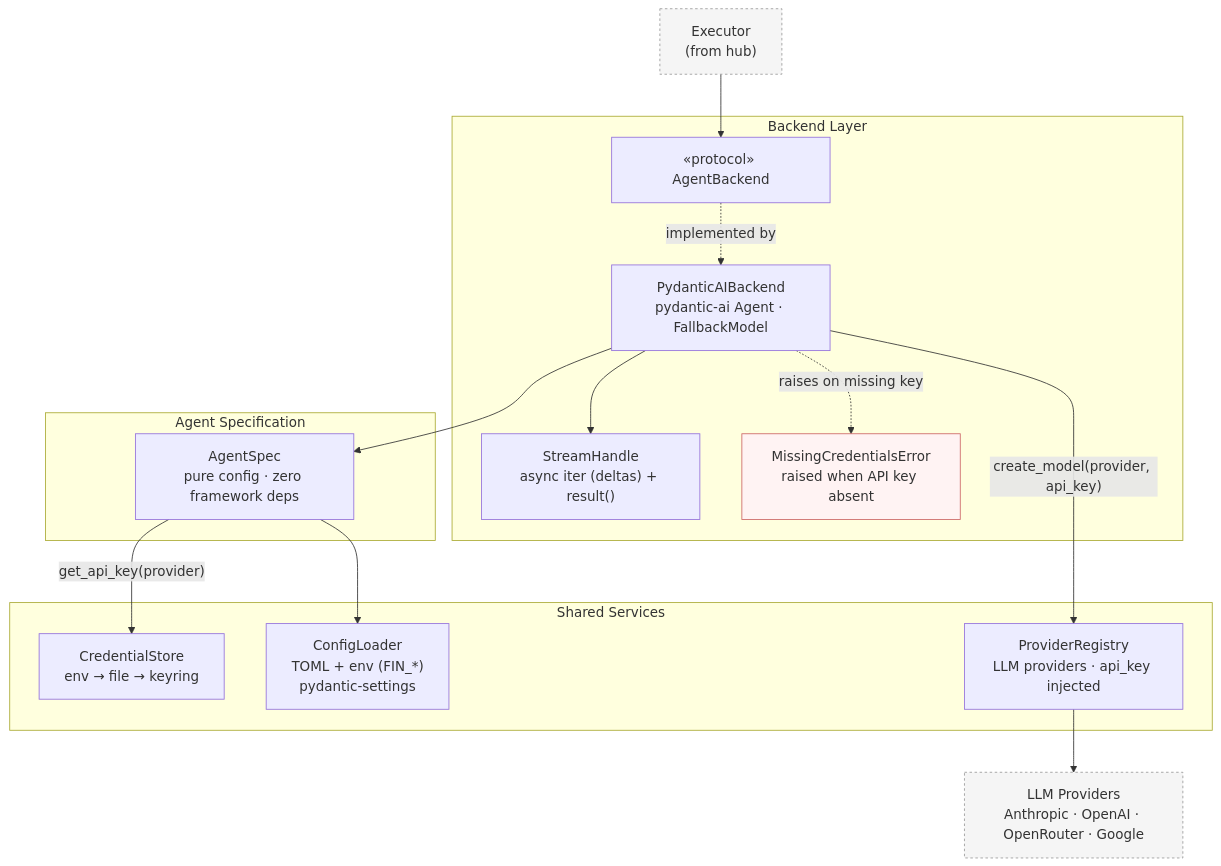
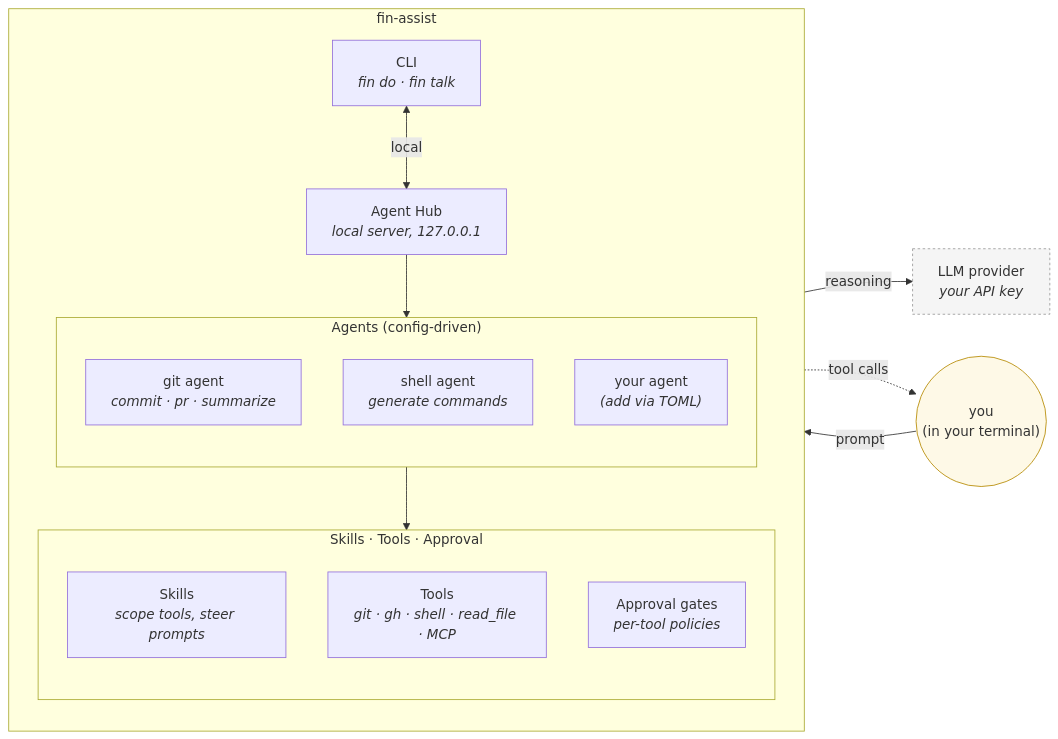
One commit to ColeB1722/fin-assist changed the diagram in README.md. Above: the diagram before and after it, drawn with Mermaid. The commit also changed other lines of this file and 8 other files, not shown here.

First line of the commit message:
docs: split architecture.md into focused docs, rewrite README

````diff
--- a/README.md
+++ b/README.md
@@ -87,38 +29,38 @@
 ```mermaid
-graph TD
-    EXEC["Executor<br/>(from hub)"]
+flowchart LR
+    USER(("you<br/>(in your terminal)"))
 
-    subgraph BACKEND_GRP["Backend Layer"]
-        BEH["«protocol» AgentBackend"]
-        PAI["PydanticAIBackend<br/>pydantic-ai Agent · FallbackModel"]
-        SH["StreamHandle<br/>async iter (deltas) + result()"]
-        MCE["MissingCredentialsError<br/>raised when API key absent"]
+    subgraph FIN["fin-assist"]
+        direction TB
+        CLI["CLI<br/><i>fin do · fin talk</i>"]
+        HUB["Agent Hub<br/><i>local server, 127.0.0.1</i>"]
+
+        subgraph AGENTS["Agents (config-driven)"]
+            direction TB
+            GIT["git agent<br/><i>commit · pr · summarize</i>"]
+            SHELL["shell agent<br/><i>generate commands</i>"]
+            CUSTOM["your agent<br/><i>(add via TOML)</i>"]
+        end
+
+        subgraph CAPS["Skills · Tools · Approval"]
+            direction TB
+            SKILLS["Skills<br/><i>scope tools, steer prompts</i>"]
+            TOOLS["Tools<br/><i>git · gh · shell · read_file · MCP</i>"]
+            APPROVAL["Approval gates<br/><i>per-tool policies</i>"]
+        end
     end
 
-    subgraph SPEC_GRP["Agent Specification"]
-        SPEC["AgentSpec<br/>pure config · zero framework deps"]
-    end
+    LLM["LLM provider<br/><i>your API key</i>"]
 
-    subgraph SHARED["Shared Services"]
-        CREDS["CredentialStore<br/>env → file → keyring"]
-        CONFIG["ConfigLoader<br/>TOML + env (FIN_*)<br/>pydantic-settings"]
-        REG["ProviderRegistry<br/>LLM providers · api_key injected"]
-    end
-
-    LLM["LLM Providers<br/>Anthropic · OpenAI · OpenRouter · Google"]
-
-    EXEC --> BEH
-    BEH -.->|"implemented by"| PAI
-    PAI --> SH
-    PAI -->|"create_model(provider, api_key)"| REG
-    REG --> LLM
-    PAI --> SPEC
-    PAI -.->|"raises on missing key"| MCE
-    SPEC -->|"get_api_key(provider)"| CREDS
-    SPEC --> CONFIG
+    USER -->|"prompt"| CLI
+    CLI <-->|"local"| HUB
+    HUB --> AGENTS
+    AGENTS --> CAPS
+    CAPS -->|"reasoning"| LLM
+    CAPS -.->|"tool calls"| USER
 
     classDef external fill:#f5f5f5,stroke:#999,stroke-dasharray: 3 3
-    class EXEC,LLM external
-    classDef error fill:#fff3f3,stroke:#c66
-    class MCE error
+    class LLM external
+    classDef user fill:#fef9e7,stroke:#b58900
+    class USER user
 ```
````
